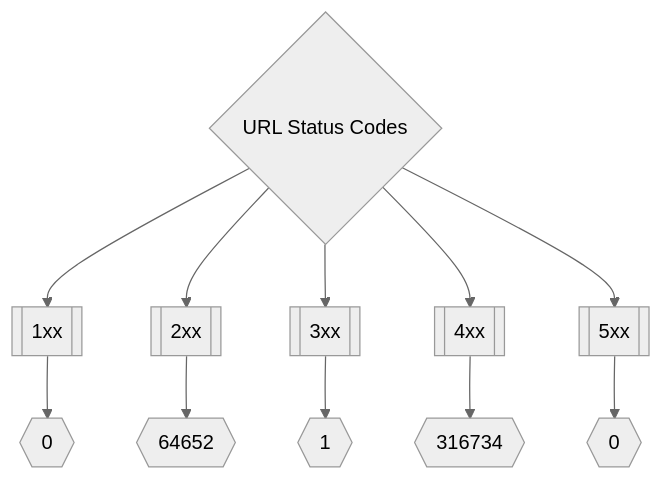
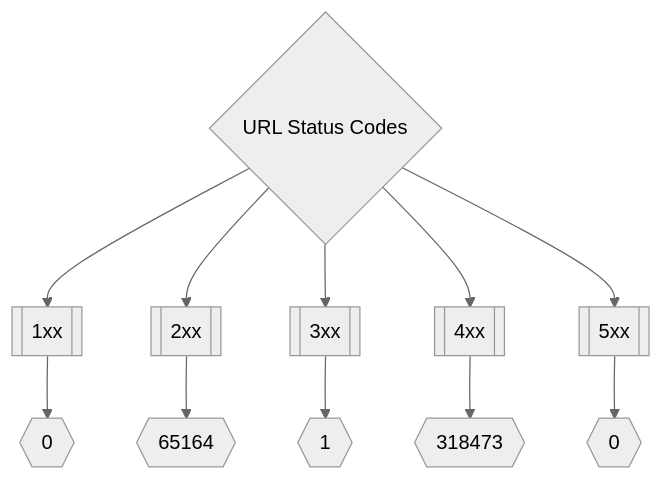
One commit to trickest/inventory changed the second of 3 diagrams in README.md. Above: the diagram before and after it, drawn with Mermaid (neutral theme). The commit also changed other lines of this file and 105 other files, not shown here.

````diff
--- a/README.md
+++ b/README.md
@@ -173,8 +173,8 @@
 ```mermaid
 graph TD
 title{URL Status Codes} --> 1xx[[1xx]] --> status1xxNum{{0}}
-title --> 2xx[[2xx]] --> status2xxNum{{64652}}
+title --> 2xx[[2xx]] --> status2xxNum{{65164}}
 title --> 3xx[[3xx]] --> status3xxNum{{1}}
-title --> 4xx[[4xx]] --> status4xxNum{{316734}}
+title --> 4xx[[4xx]] --> status4xxNum{{318473}}
 title --> 5xx[[5xx]] --> status5xxNum{{0}}
 ```
````
